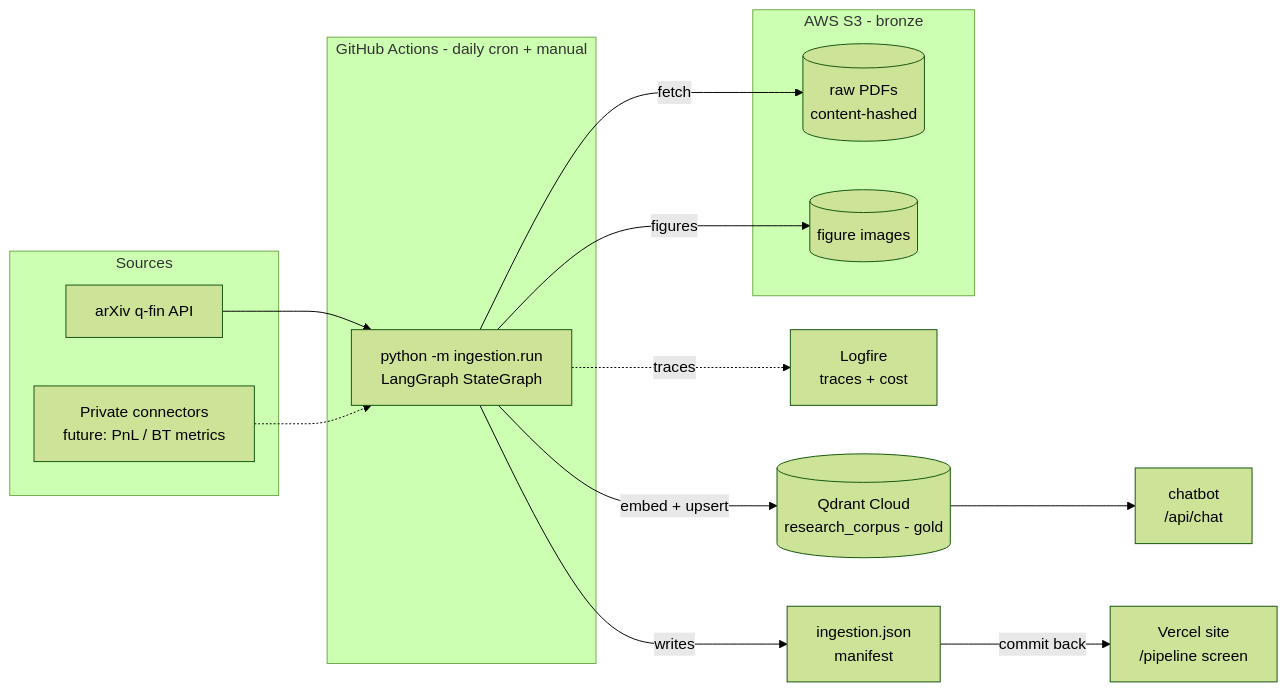
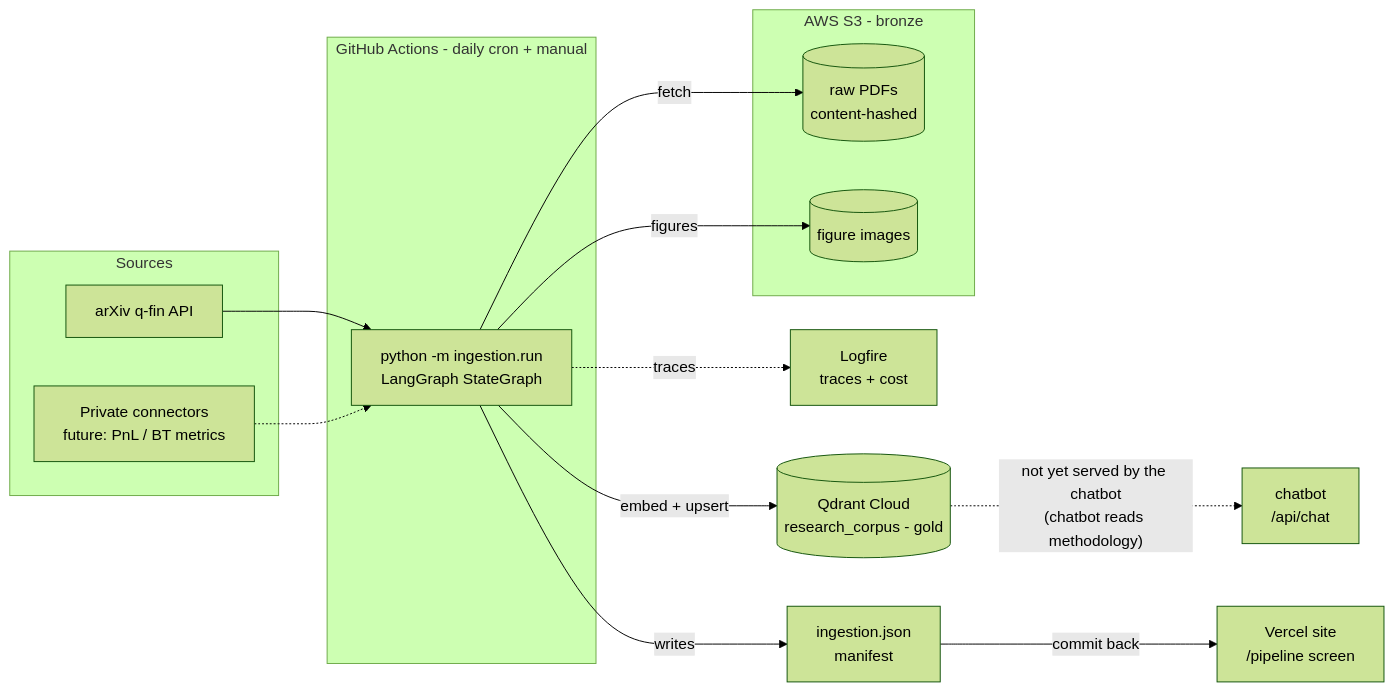
Before and after one commit to hemantsadhwani/yantra-research-lab: the first of 3 diagrams in architecture/02a-data-ingestion-asbuilt.md, drawn with Mermaid (forest theme). The commit also changed other lines of this file and 17 other files, not shown here.

````diff
--- a/architecture/02a-data-ingestion-asbuilt.md
+++ b/architecture/02a-data-ingestion-asbuilt.md
@@ -32,32 +34,32 @@
 ```mermaid
 flowchart LR
   subgraph SRC[Sources]
     ARX[arXiv q-fin API]
     PRIV[Private connectors\nfuture: PnL / BT metrics]
   end
 
   subgraph CI[GitHub Actions - daily cron + manual]
     RUN[python -m ingestion.run\nLangGraph StateGraph]
   end
 
   subgraph AWS[AWS S3 - bronze]
     RAW[(raw PDFs\ncontent-hashed)]
     IMG[(figure images)]
   end
 
   QDR[(Qdrant Cloud\nresearch_corpus - gold)]
   LOG[Logfire\ntraces + cost]
   MAN[ingestion.json\nmanifest]
   SITE[Vercel site\n/pipeline screen]
   BOT[chatbot\n/api/chat]
 
   ARX --> RUN
   PRIV -.-> RUN
   RUN -->|fetch| RAW
   RUN -->|figures| IMG
   RUN -->|embed + upsert| QDR
   RUN -.->|traces| LOG
   RUN -->|writes| MAN
   MAN -->|commit back| SITE
-  QDR --> BOT
+  QDR -.->|"not yet served by the chatbot\n(chatbot reads methodology)"| BOT
 ```
````
